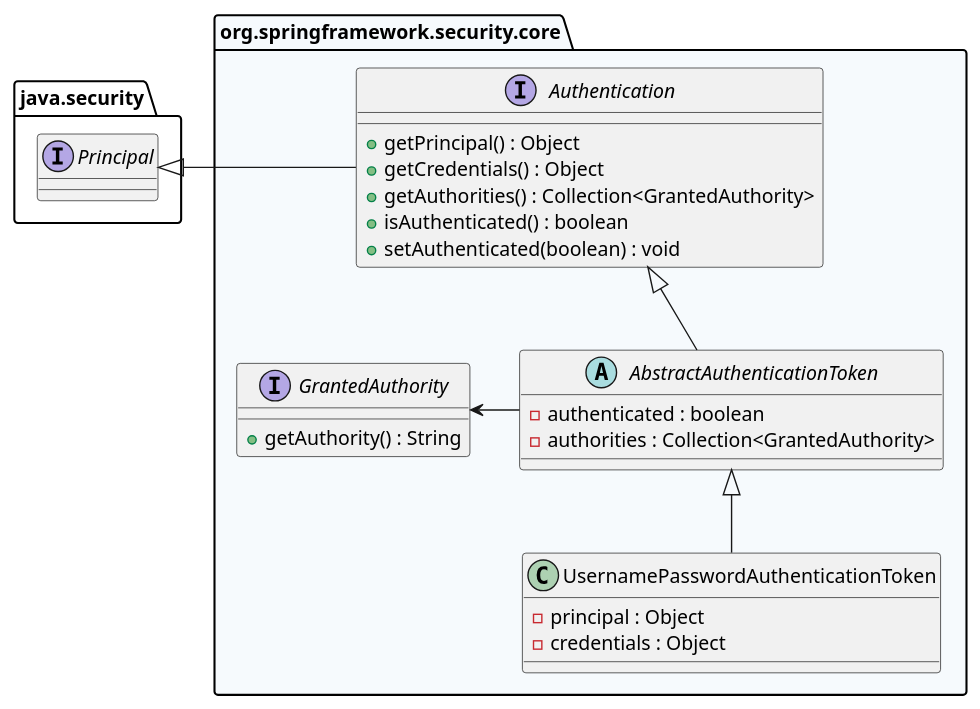
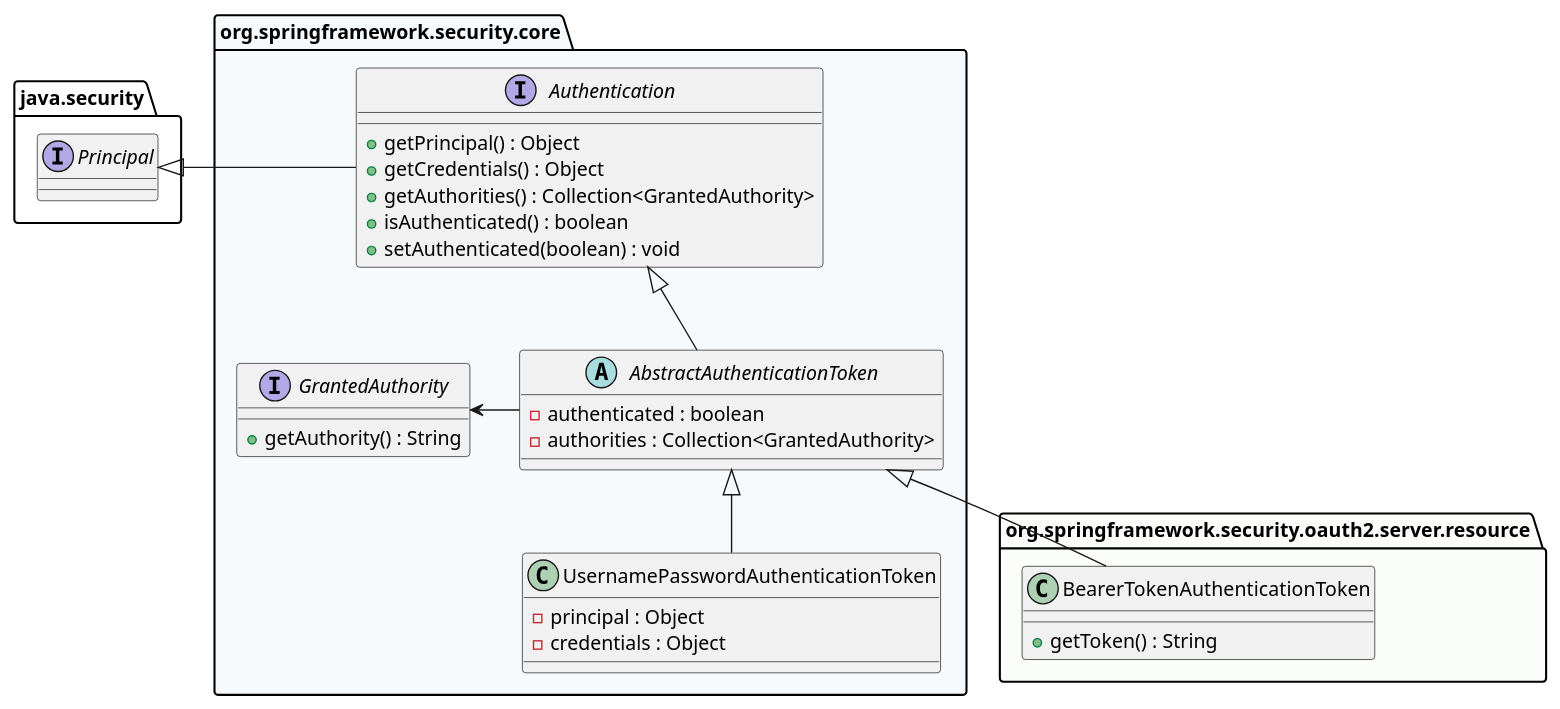
One commit to codevibe-de/spring-pizza-all changed the diagram in doc/spring-sec-token.puml. Above: the diagram before and after it, drawn with PlantUML.

Commit message:
uncommented bearer-token

```diff
--- a/doc/spring-sec-token.puml
+++ b/doc/spring-sec-token.puml
@@ -1,42 +1,41 @@
 @startuml
 
 set namespaceSeparator ::
 
 package java.security {
     interface Principal {}
 }
 
 package org.springframework.security.core #f6fafd {
     interface Authentication {
     + getPrincipal() : Object
     + getCredentials() : Object
     + getAuthorities() : Collection<GrantedAuthority>
     + isAuthenticated() : boolean
     + setAuthenticated(boolean) : void
     }
     interface GrantedAuthority {
     + getAuthority() : String
     }
     abstract class AbstractAuthenticationToken {
     - authenticated : boolean
     - authorities : Collection<GrantedAuthority>
     }
     class UsernamePasswordAuthenticationToken {
     - principal : Object
     - credentials : Object
     }
     Authentication -left-|> Principal
     AbstractAuthenticationToken -up-|> Authentication
     AbstractAuthenticationToken -left-> GrantedAuthority
     UsernamePasswordAuthenticationToken -up-|> AbstractAuthenticationToken
 }
 
-'package org.springframework.security.oauth2.server.resource #fafdfa {
-'    class BearerTokenAuthenticationToken {
-'    - token : String
-'    + getToken() : String
-'    }
-'    BearerTokenAuthenticationToken -up-|> AbstractAuthenticationToken
-'}
+package org.springframework.security.oauth2.server.resource #fafdfa {
+    class BearerTokenAuthenticationToken {
+    + getToken() : String
+    }
+    BearerTokenAuthenticationToken -up-|> AbstractAuthenticationToken
+}
 
 @enduml
```
